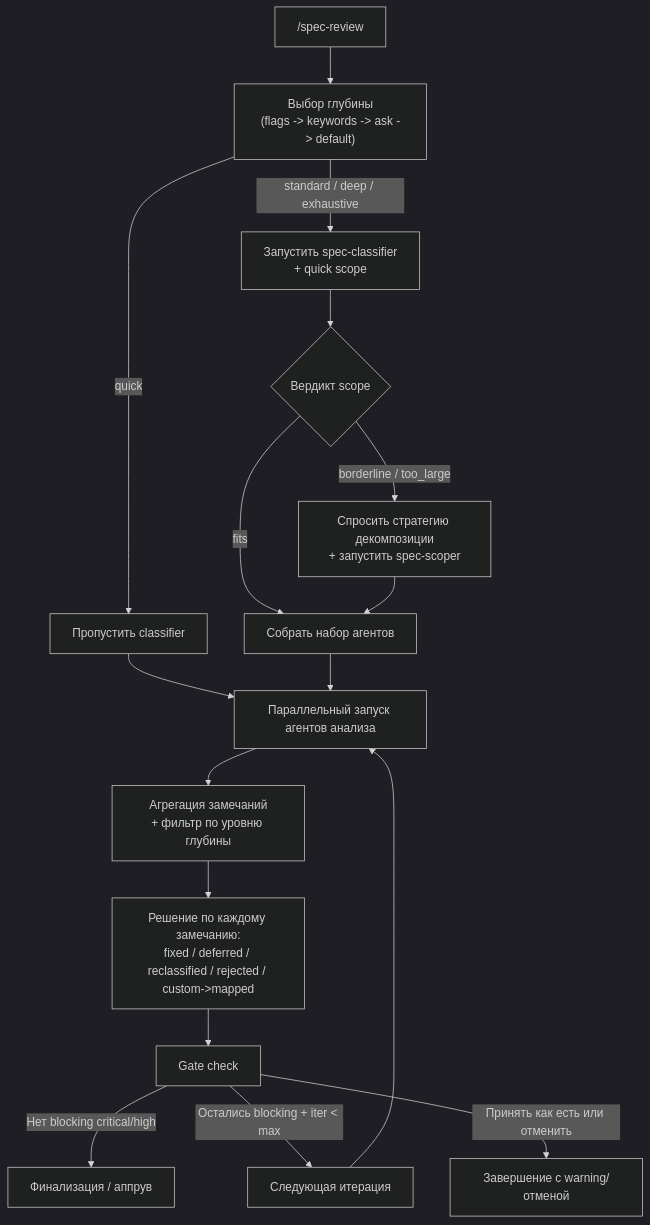
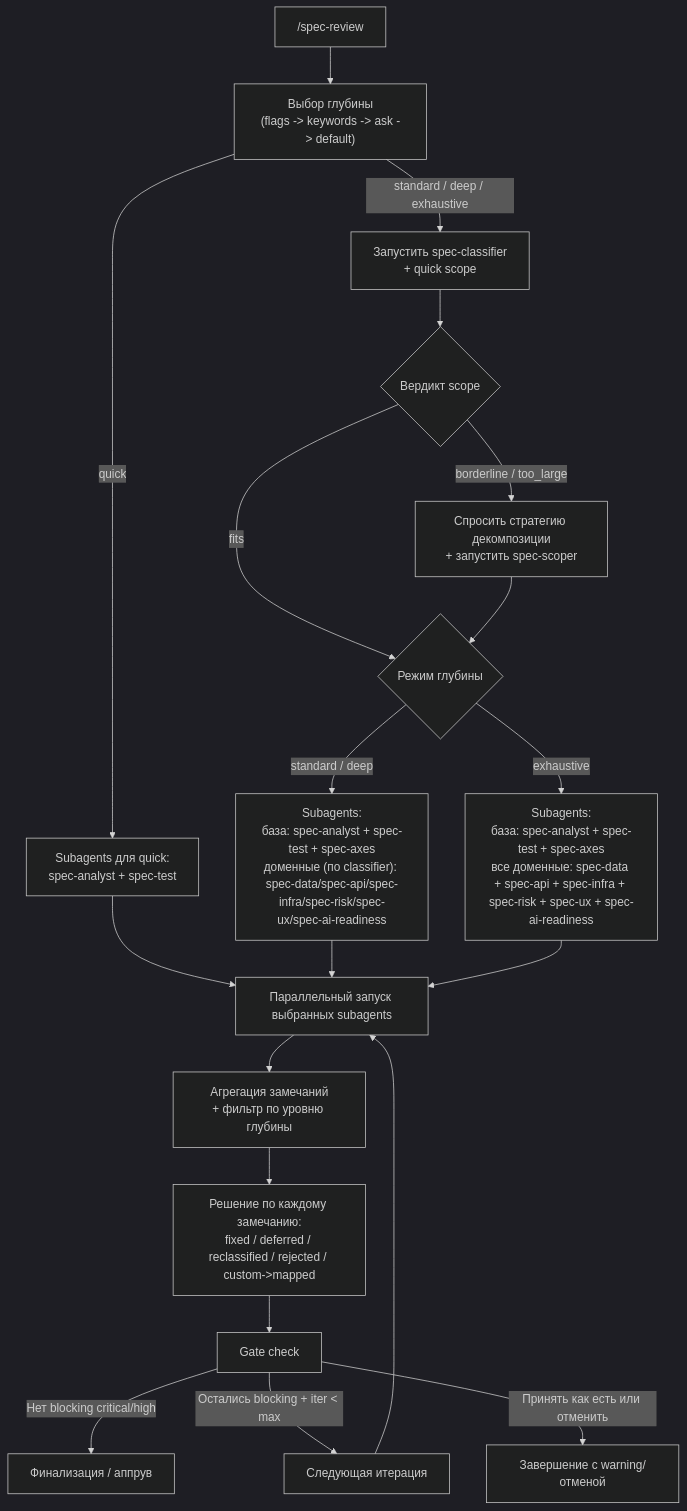
The first of 2 diagrams in spec-reviewer/README.ru.md (dapi/claude-code-marketplace), drawn with Mermaid (dark theme) before and after one commit. The commit also changed other lines of this file and 1 other file, not shown here.

Commit message:
docs(readme): show subagent names in mermaid diagrams

````diff
--- a/spec-reviewer/README.ru.md
+++ b/spec-reviewer/README.ru.md
@@ -74,24 +74,28 @@
 ```mermaid
 flowchart TD
     A["/spec-review"] --> B["Выбор глубины<br/>(flags -> keywords -> ask -> default)"]
 
-    B -->|"quick"| C["Пропустить classifier"]
+    B -->|"quick"| C["Subagents для quick:<br/>spec-analyst + spec-test"]
     B -->|"standard / deep / exhaustive"| D["Запустить spec-classifier<br/>+ quick scope"]
 
     D --> E{"Вердикт scope"}
-    E -->|"fits"| F["Собрать набор агентов"]
+    E -->|"fits"| F{"Режим глубины"}
     E -->|"borderline / too_large"| G["Спросить стратегию декомпозиции<br/>+ запустить spec-scoper"]
     G --> F
 
-    C --> H["Параллельный запуск агентов анализа"]
-    F --> H
+    F -->|"standard / deep"| H["Subagents:<br/>база: spec-analyst + spec-test + spec-axes<br/>доменные (по classifier): spec-data/spec-api/spec-infra/spec-risk/spec-ux/spec-ai-readiness"]
+    F -->|"exhaustive"| I["Subagents:<br/>база: spec-analyst + spec-test + spec-axes<br/>все доменные: spec-data + spec-api + spec-infra + spec-risk + spec-ux + spec-ai-readiness"]
 
-    H --> I["Агрегация замечаний<br/>+ фильтр по уровню глубины"]
-    I --> J["Решение по каждому замечанию:<br/>fixed / deferred / reclassified / rejected / custom->mapped"]
-    J --> K["Gate check"]
+    C --> J["Параллельный запуск выбранных subagents"]
+    H --> J
+    I --> J
 
-    K -->|"Нет blocking critical/high"| L["Финализация / аппрув"]
-    K -->|"Остались blocking + iter < max"| M["Следующая итерация"]
-    M --> H
-    K -->|"Принять как есть или отменить"| N["Завершение с warning/отменой"]
+    J --> K["Агрегация замечаний<br/>+ фильтр по уровню глубины"]
+    K --> L["Решение по каждому замечанию:<br/>fixed / deferred / reclassified / rejected / custom->mapped"]
+    L --> M["Gate check"]
+
+    M -->|"Нет blocking critical/high"| N["Финализация / аппрув"]
+    M -->|"Остались blocking + iter < max"| O["Следующая итерация"]
+    O --> J
+    M -->|"Принять как есть или отменить"| P["Завершение с warning/отменой"]
 ```
````
